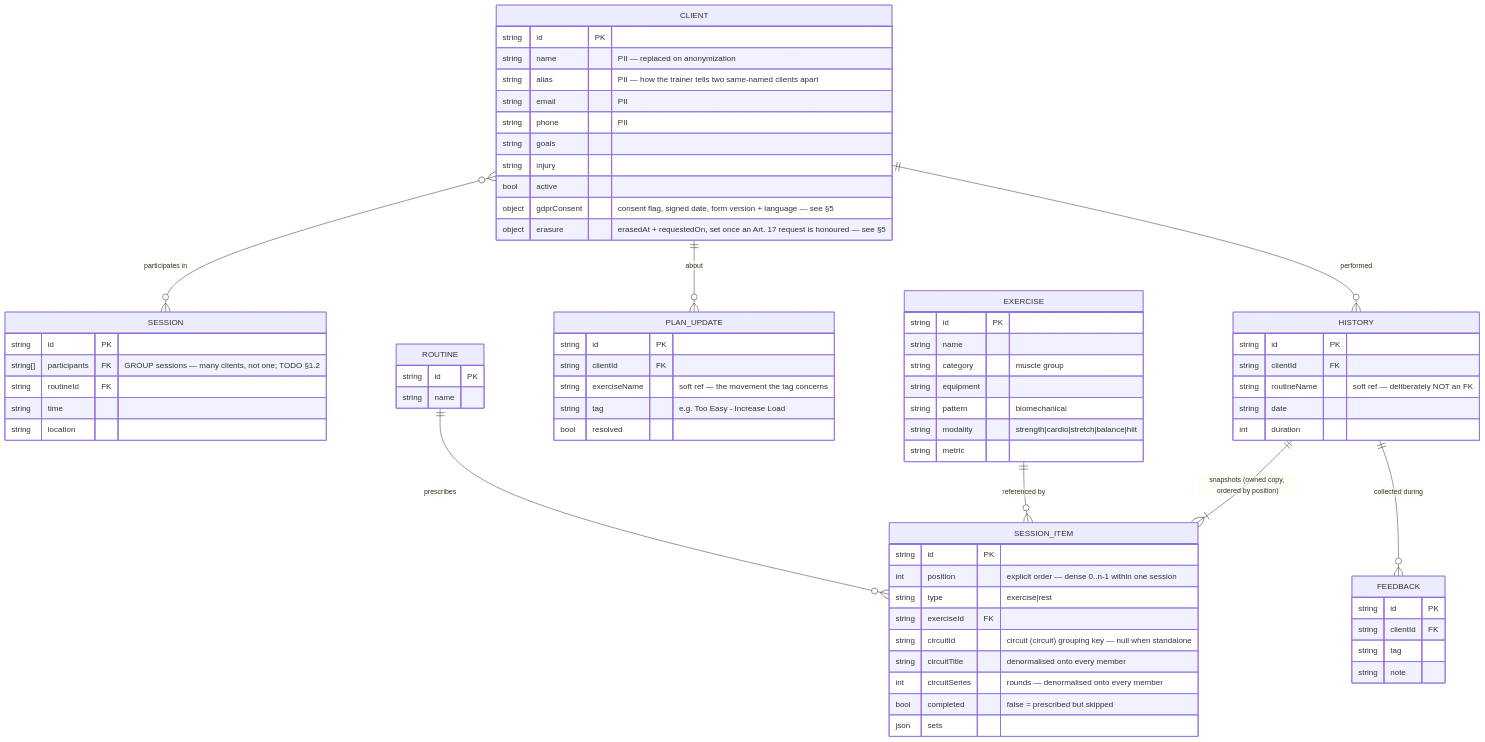
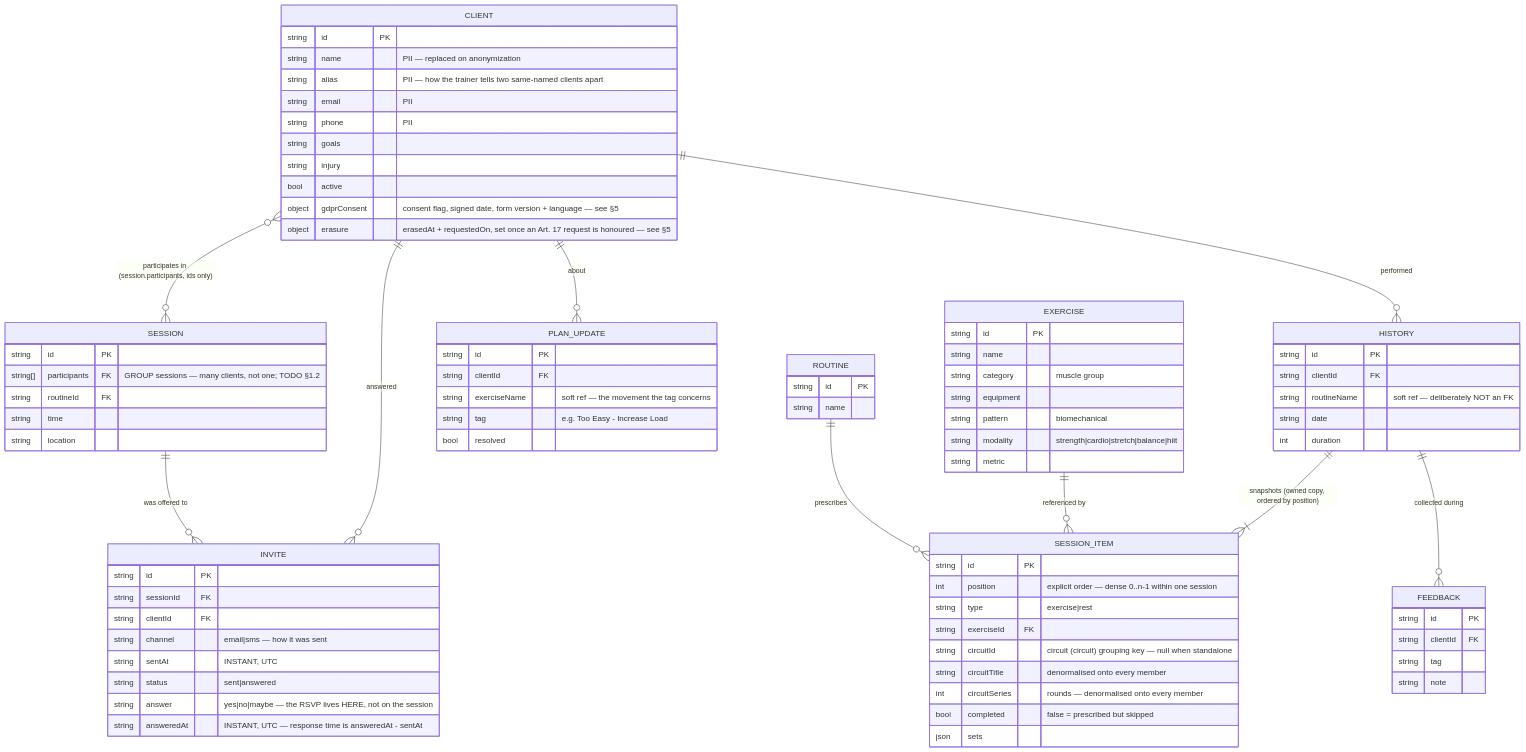
One commit to stutek/LibrePT changed the second of 4 diagrams in docs/DATA_MODEL.md. Above: the diagram before and after it, drawn with Mermaid. The commit also changed other lines of this file and 23 other files, not shown here.

First line of the commit message:
feat(rsvp): give an answer somewhere to live, and make staging real

````diff
--- a/docs/DATA_MODEL.md
+++ b/docs/DATA_MODEL.md
@@ -203,6 +239,8 @@
 ```mermaid
 erDiagram
-    CLIENT }o--o{ SESSION : "participates in"
+    CLIENT }o--o{ SESSION : "participates in (session.participants, ids only)"
+    SESSION ||--o{ INVITE : "was offered to"
+    CLIENT ||--o{ INVITE : "answered"
     CLIENT ||--o{ HISTORY : "performed"
     CLIENT ||--o{ PLAN_UPDATE : "about"
     ROUTINE ||--o{ SESSION_ITEM : "prescribes"
@@ -234,6 +272,16 @@
     ROUTINE {
         string id PK
         string name
+    }
+    INVITE {
+        string id PK
+        string sessionId FK
+        string clientId FK
+        string channel "email|sms — how it was sent"
+        string sentAt "INSTANT, UTC"
+        string status "sent|answered"
+        string answer "yes|no|maybe — the RSVP lives HERE, not on the session"
+        string answeredAt "INSTANT, UTC — response time is answeredAt - sentAt"
     }
     SESSION {
         string id PK
````
